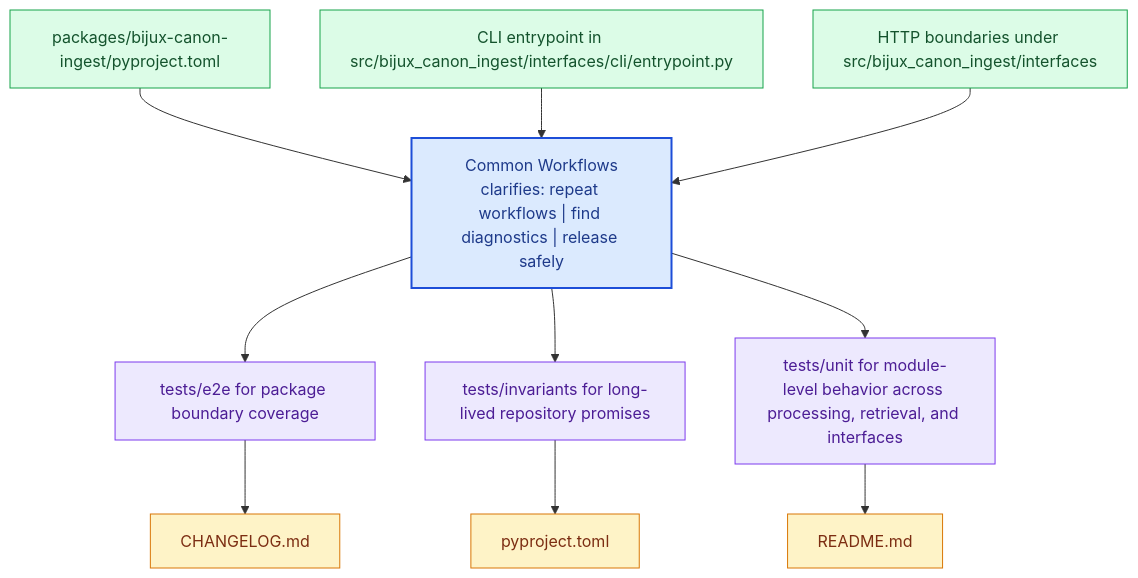
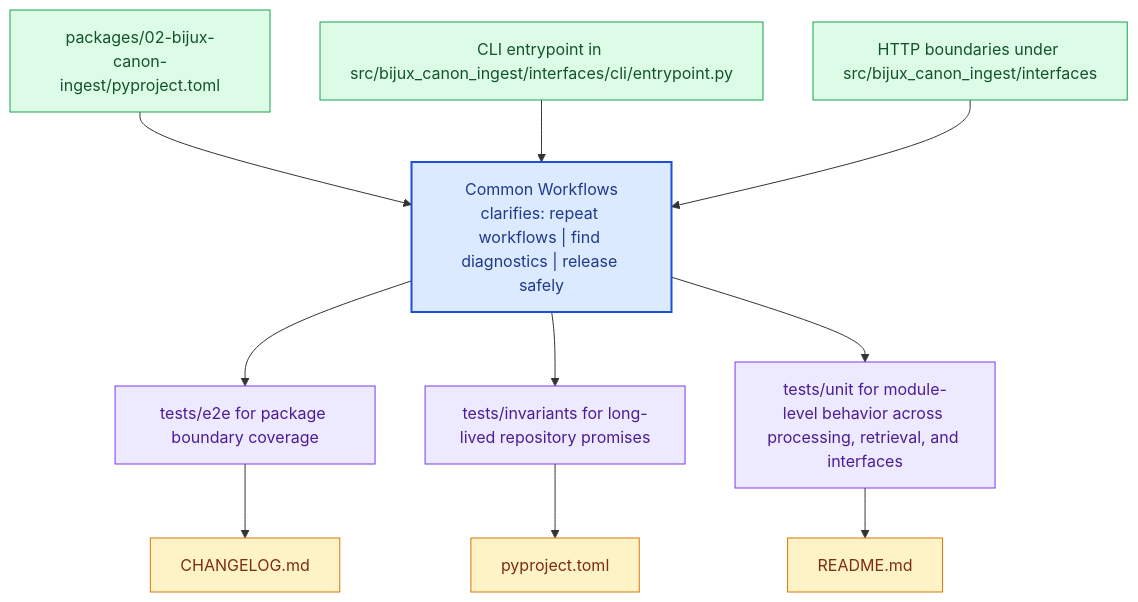
Before and after one commit to bijux/bijux-canon: the diagram in docs/02-bijux-canon-ingest/operations/common-workflows.md, drawn with Mermaid. The commit also changed other lines of this file and 167 other files, not shown here.

````diff
--- a/docs/02-bijux-canon-ingest/operations/common-workflows.md
+++ b/docs/02-bijux-canon-ingest/operations/common-workflows.md
@@ -22,31 +22,31 @@
 ```mermaid
 flowchart TB
     page["Common Workflows<br/>clarifies: repeat workflows | find diagnostics | release safely"]
     classDef page fill:#dbeafe,stroke:#1d4ed8,color:#1e3a8a,stroke-width:2px;
     classDef positive fill:#dcfce7,stroke:#16a34a,color:#14532d;
     classDef caution fill:#fee2e2,stroke:#dc2626,color:#7f1d1d;
     classDef anchor fill:#ede9fe,stroke:#7c3aed,color:#4c1d95;
     classDef action fill:#fef3c7,stroke:#d97706,color:#7c2d12;
-    step1["packages/bijux-canon-ingest/pyproject.toml"]
+    step1["packages/02-bijux-canon-ingest/pyproject.toml"]
     step1 --> page
     step2["CLI entrypoint in src/bijux_canon_ingest/interfaces/cli/entrypoint.py"]
     step2 --> page
     step3["HTTP boundaries under src/bijux_canon_ingest/interfaces"]
     step3 --> page
     run1["tests/e2e for package boundary coverage"]
     page --> run1
     run2["tests/invariants for long-lived repository promises"]
     page --> run2
     run3["tests/unit for module-level behavior across processing, retrieval, and interfaces"]
     page --> run3
     release1["CHANGELOG.md"]
     run1 --> release1
     release2["pyproject.toml"]
     run2 --> release2
     release3["README.md"]
     run3 --> release3
     class page page;
     class step1,step2,step3 positive;
     class run1,run2,run3 anchor;
     class release1,release2,release3 action;
 ```
````
